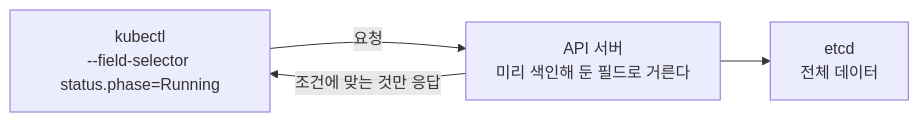
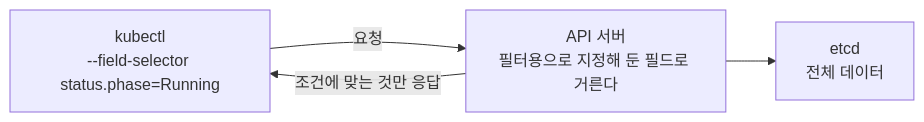
The first of 2 diagrams in 07장. 네임스페이스와 레이블로 리소스 구성하기/7.4 필드 셀렉터로 오브젝트 걸러 내기.md (ff-1204/Kubernetes-in-Action), drawn with Mermaid before and after one commit. The commit also changed other lines of this file and 22 other files, not shown here.

````diff
--- a/07장. 네임스페이스와 레이블로 리소스 구성하기/7.4 필드 셀렉터로 오브젝트 걸러 내기.md
+++ b/07장. 네임스페이스와 레이블로 리소스 구성하기/7.4 필드 셀렉터로 오브젝트 걸러 내기.md
@@ -119,9 +119,9 @@
 ```mermaid
 graph LR
     K["kubectl<br/>--field-selector status.phase=Running"]
-    A["API 서버<br/>미리 색인해 둔 필드로 거른다"]
+    A["API 서버<br/>필터용으로 지정해 둔 필드로 거른다"]
     E["etcd<br/>전체 데이터"]
     K -->|"요청"| A
     A --> E
     A -->|"조건에 맞는 것만 응답"| K
 ```
````
